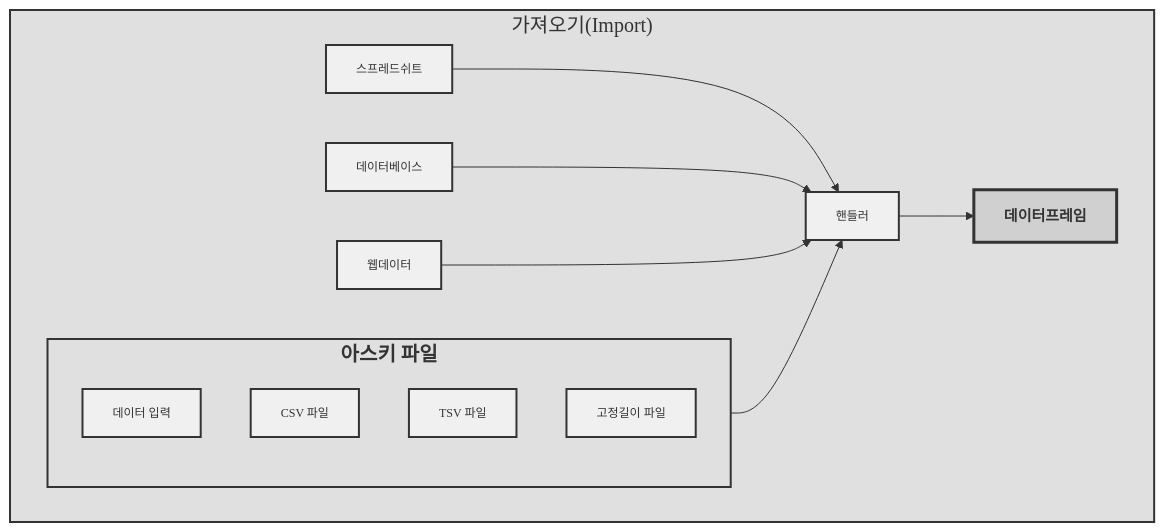
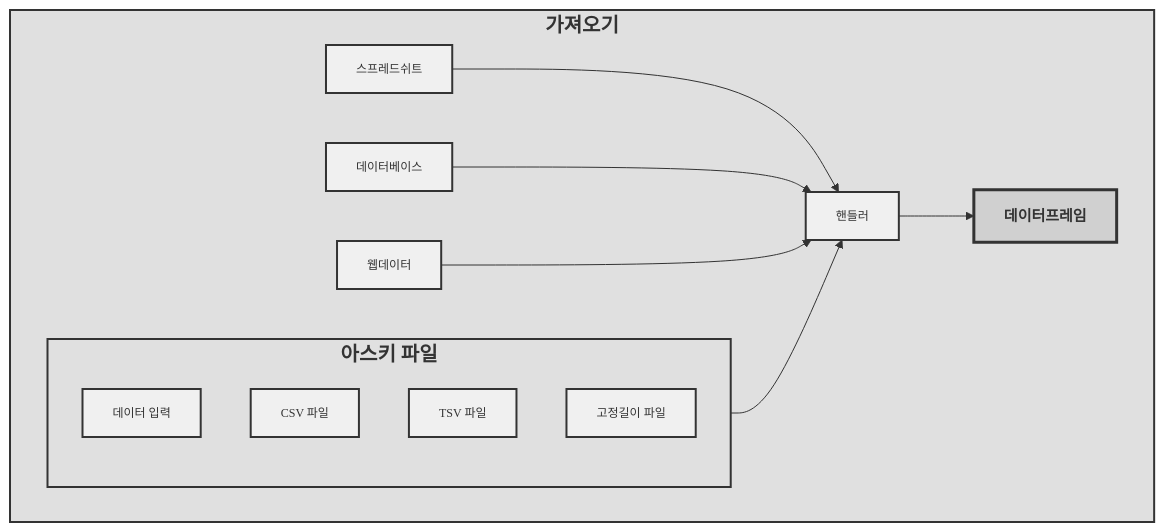
Before and after one commit to bit2r/chatGPT4ds: the second of 3 diagrams in ingest_file.qmd, drawn with Mermaid. The commit also changed 14 other files, not shown here.

````diff
--- a/ingest_file.qmd
+++ b/ingest_file.qmd
@@ -333,32 +333,32 @@
 ```{mermaid}
 %%| label: fig-import-data
 %%| fig-cap: 다양한 데이터 종류
 %%| fig-align: center
 
 graph TB
 
-subgraph 가져오기["가져오기(Import)"]
+subgraph 가져오기["<strong>가져오기</strong>"]
 
     스프레드쉬트 --> 핸들러
     데이터베이스 --> 핸들러
     아스키 --> 핸들러
     웹데이터 --> 핸들러
     핸들러 --> 데이터프레임
 
     subgraph 아스키["<strong>아스키 파일</strong>"]
         데이터입력[데이터 입력]
         csv[CSV 파일]
         tsv[TSV 파일]
         고정길이파일[고정길이 파일]
     end
 
 end
 
 classDef modern fill:#f0f0f0,stroke:#333,stroke-width:2px,color:#333,font-family:MaruBuri,font-size:12px;
 classDef emphasize fill:#d0d0d0,stroke:#333,stroke-width:3px,color:#333,font-family:MaruBuri,font-size:15px,font-weight:bold;
 classDef subgraphStyle fill:#e0e0e0,stroke:#333,stroke-width:2px,color:#333,font-family:MaruBuri,font-size:20px;
 
 class csv,데이터입력,tsv,고정길이파일,스프레드쉬트,데이터베이스,웹데이터,핸들러 modern
 class 데이터프레임 emphasize
 class 아스키,가져오기 subgraphStyle
 ```    
````
